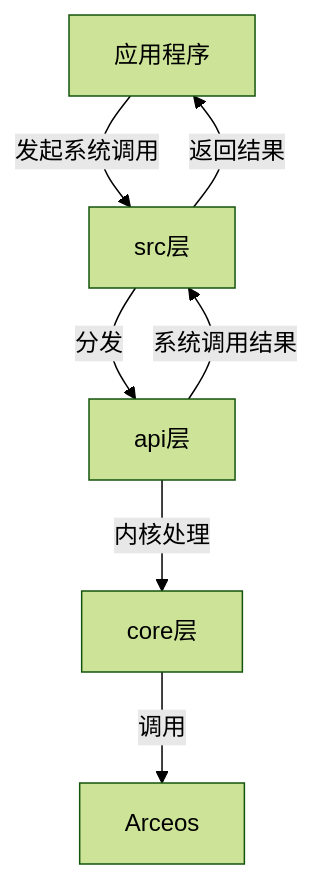
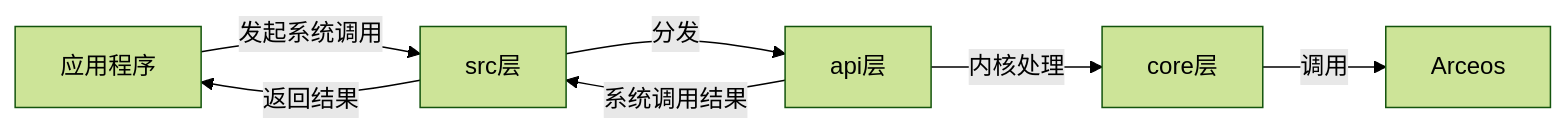
One commit to chenyihu21/thesis changed the diagram in graph/1.md. Above: the diagram before and after it, drawn with Mermaid (forest theme). The commit also changed 28 other files, not shown here.

````diff
--- a/graph/1.md
+++ b/graph/1.md
@@ -2,10 +2,10 @@
 ```mermaid
-graph TD;
+graph LR;
     A[应用程序] -->|发起系统调用| B[src层];
     B -->|返回结果| A;
     B -->|分发| C[api层];
     C -->|系统调用结果| B;
     C -->|内核处理| D[core层];
     D -->|调用| E[Arceos];
 
 ```
````
